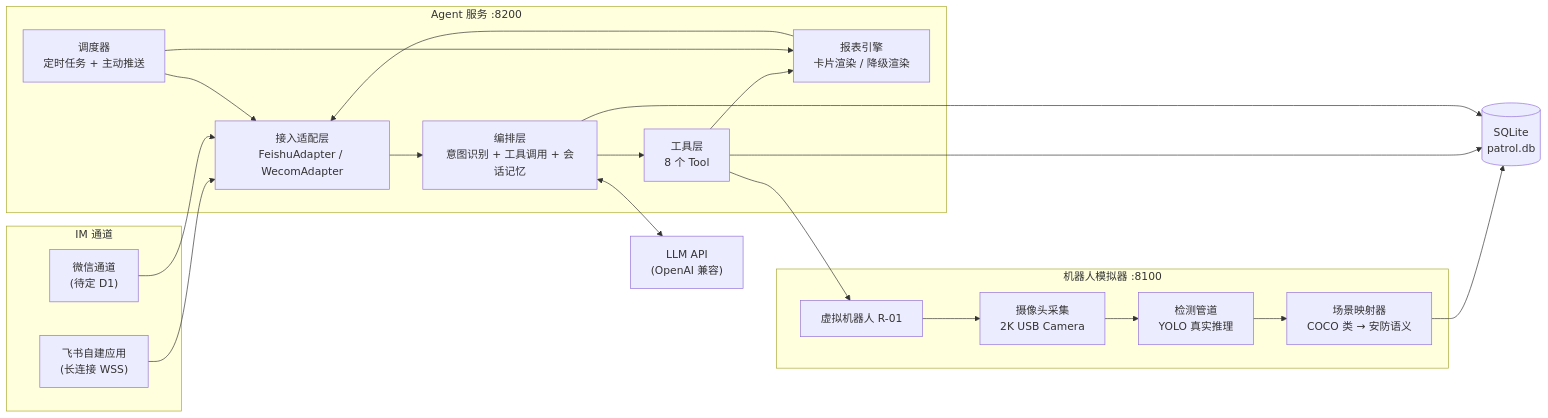
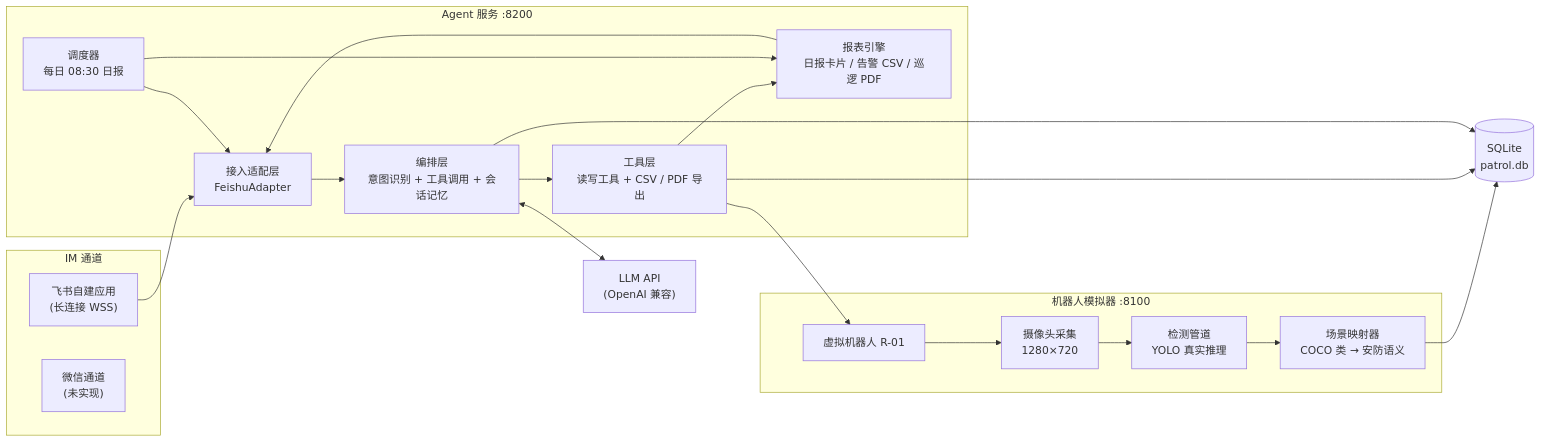
Before and after one commit to sunyongyang/patrol-agent: the diagram in docs/巡逻Agent_Spec.md, drawn with Mermaid. The commit also changed other lines of this file and 17 other files, not shown here.

````diff
--- a/docs/巡逻Agent_Spec.md
+++ b/docs/巡逻Agent_Spec.md
@@ -60,42 +61,41 @@
 ```mermaid
 flowchart LR
     subgraph IM["IM 通道"]
         FS["飞书自建应用<br/>(长连接 WSS)"]
-        WX["微信通道<br/>(待定 D1)"]
+        WX["微信通道<br/>(未实现)"]
     end
 
     subgraph AGENT["Agent 服务 :8200"]
-        AD["接入适配层<br/>FeishuAdapter / WecomAdapter"]
+        AD["接入适配层<br/>FeishuAdapter"]
         ORC["编排层<br/>意图识别 + 工具调用 + 会话记忆"]
-        TOOL["工具层<br/>8 个 Tool"]
-        RPT["报表引擎<br/>卡片渲染 / 降级渲染"]
-        SCH["调度器<br/>定时任务 + 主动推送"]
+        TOOL["工具层<br/>读写工具 + CSV / PDF 导出"]
+        RPT["报表引擎<br/>日报卡片 / 告警 CSV / 巡逻 PDF"]
+        SCH["调度器<br/>每日 08:30 日报"]
     end
 
     subgraph ROBOT["机器人模拟器 :8100"]
         SIM["虚拟机器人 R-01"]
-        CAM["摄像头采集<br/>2K USB Camera"]
+        CAM["摄像头采集<br/>1280×720"]
         DET["检测管道<br/>YOLO 真实推理"]
         MAP["场景映射器<br/>COCO 类 → 安防语义"]
     end
 
     DB[("SQLite<br/>patrol.db")]
     LLM["LLM API<br/>(OpenAI 兼容)"]
 
     FS --> AD
-    WX --> AD
     AD --> ORC
     ORC <--> LLM
     ORC --> TOOL
     TOOL --> RPT
     TOOL --> SIM
     SCH --> RPT
     SIM --> CAM
     CAM --> DET
     DET --> MAP
     MAP --> DB
     TOOL --> DB
     ORC --> DB
     RPT --> AD
     SCH --> AD
 ```
````
